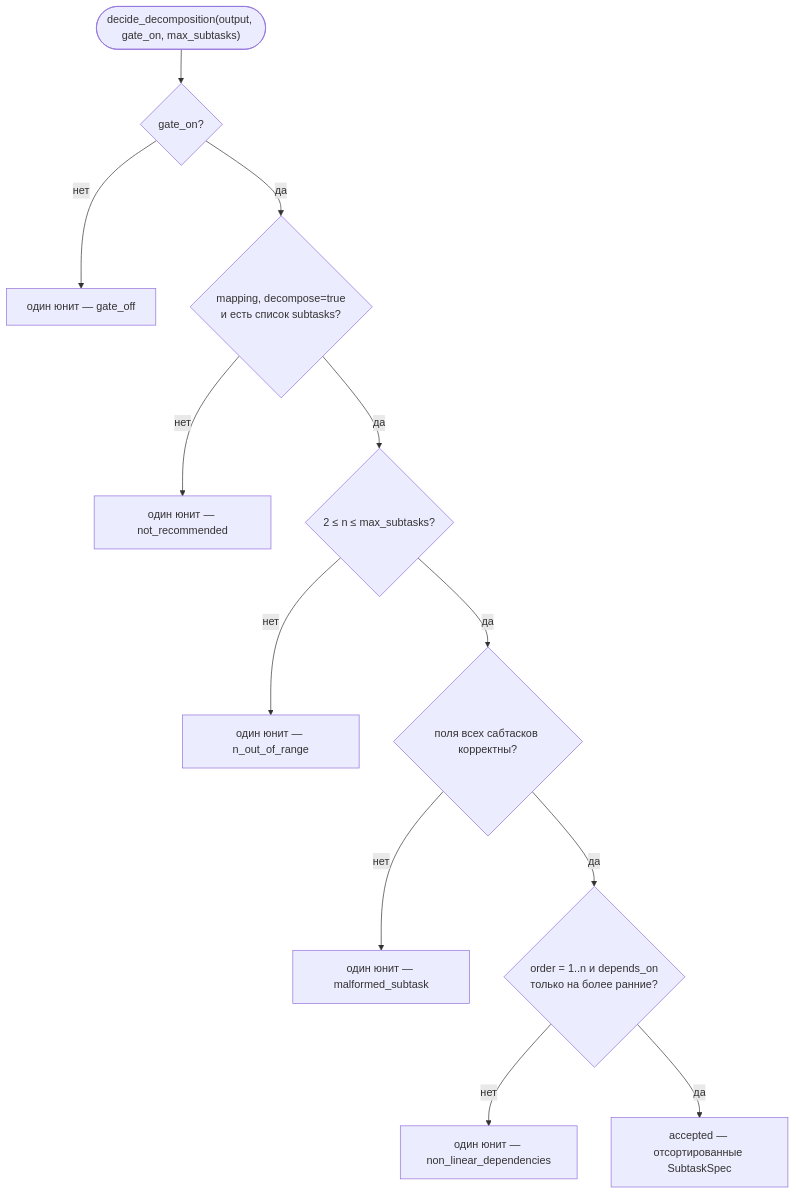
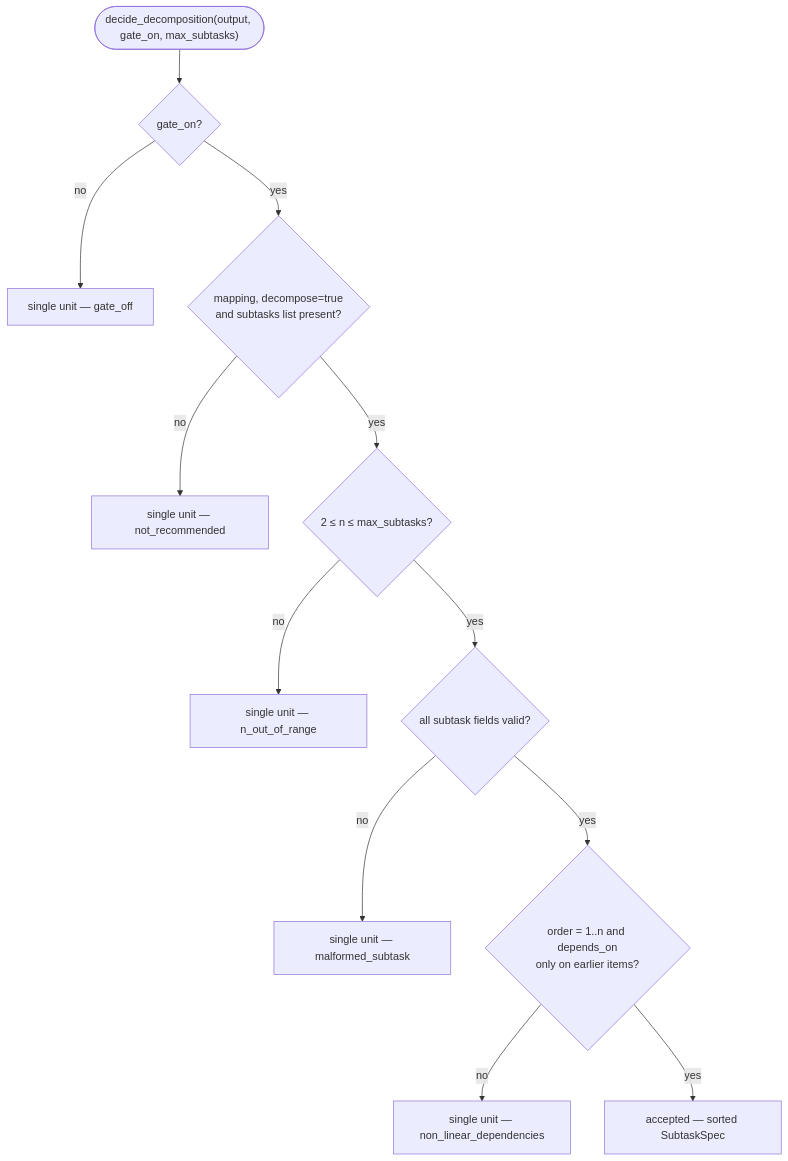
The diagram in docs/functional/blocks/B11-task-decomposition.md (VladimirMakarevich/wastech-orchestrator), drawn with Mermaid before and after one commit. The commit also changed other lines of this file and 41 other files, not shown here.

Commit message:
docs: translate system flows documentation from Russian to English, ensuring clarity and consistency in terminology. Update sequence diagrams and flowcharts to reflect the changes in language. Maintain the structure and references to blocks for ease of navigation.

````diff
--- a/docs/functional/blocks/B11-task-decomposition.md
+++ b/docs/functional/blocks/B11-task-decomposition.md
@@ -47,14 +47,14 @@
 ```mermaid
 flowchart TB
     start(["decide_decomposition(output, gate_on, max_subtasks)"]) --> g{"gate_on?"}
-    g -->|нет| one1["один юнит — gate_off"]
-    g -->|да| m{"mapping, decompose=true<br/>и есть список subtasks?"}
-    m -->|нет| one2["один юнит — not_recommended"]
-    m -->|да| rng{"2 ≤ n ≤ max_subtasks?"}
-    rng -->|нет| one3["один юнит — n_out_of_range"]
-    rng -->|да| fld{"поля всех сабтасков корректны?"}
-    fld -->|нет| one4["один юнит — malformed_subtask"]
-    fld -->|да| lin{"order = 1..n и depends_on<br/>только на более ранние?"}
-    lin -->|нет| one5["один юнит — non_linear_dependencies"]
-    lin -->|да| acc["accepted — отсортированные SubtaskSpec"]
+    g -->|no| one1["single unit — gate_off"]
+    g -->|yes| m{"mapping, decompose=true<br/>and subtasks list present?"}
+    m -->|no| one2["single unit — not_recommended"]
+    m -->|yes| rng{"2 ≤ n ≤ max_subtasks?"}
+    rng -->|no| one3["single unit — n_out_of_range"]
+    rng -->|yes| fld{"all subtask fields valid?"}
+    fld -->|no| one4["single unit — malformed_subtask"]
+    fld -->|yes| lin{"order = 1..n and depends_on<br/>only on earlier items?"}
+    lin -->|no| one5["single unit — non_linear_dependencies"]
+    lin -->|yes| acc["accepted — sorted SubtaskSpec"]
 ```
````
